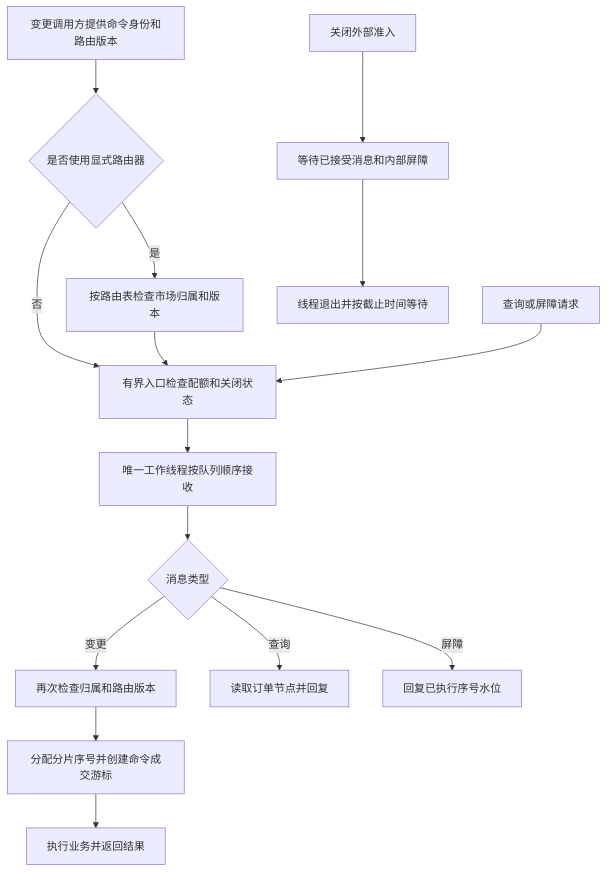
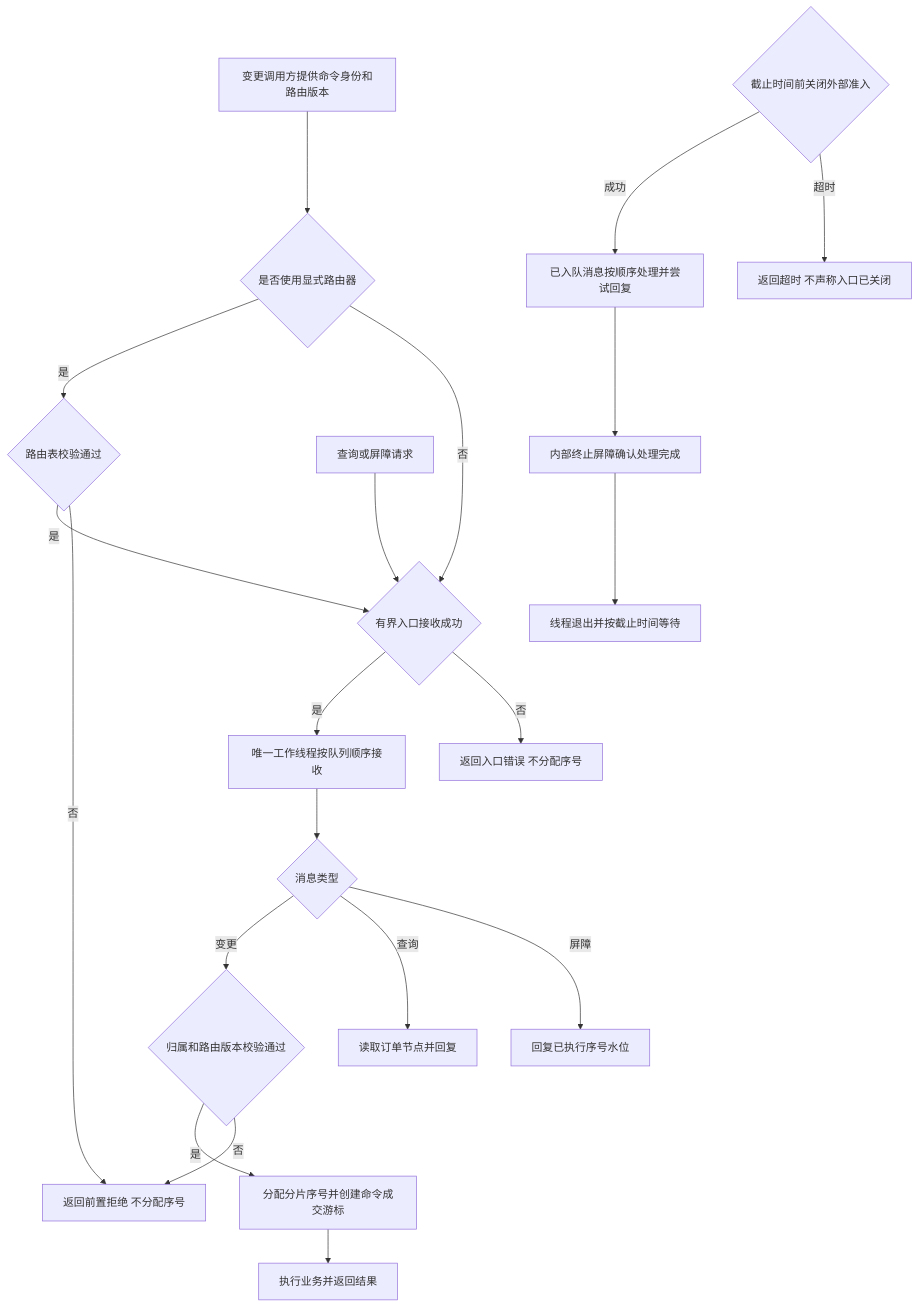
One commit to YANSHAO0032/tide-matching-engine changed the first of 10 diagrams in docs/logic_flows.md. Above: the diagram before and after it, drawn with Mermaid. The commit also changed other lines of this file and 12 other files, not shown here.

````diff
--- a/docs/logic_flows.md
+++ b/docs/logic_flows.md
@@ -7,17 +7,22 @@
 ```mermaid
 flowchart TD
     A[变更调用方提供命令身份和路由版本] --> B{是否使用显式路由器}
-    B -- 是 --> R[按路由表检查市场归属和版本]
-    B -- 否 --> C[有界入口检查配额和关闭状态]
-    R --> C
+    B -- 是 --> R{路由表校验通过}
+    B -- 否 --> C{有界入口接收成功}
+    R -- 是 --> C
+    R -- 否 --> X[返回前置拒绝 不分配序号]
     Q[查询或屏障请求] --> C
-    C --> D[唯一工作线程按队列顺序接收]
+    C -- 是 --> D[唯一工作线程按队列顺序接收]
+    C -- 否 --> Y[返回入口错误 不分配序号]
     D --> E{消息类型}
-    E -- 变更 --> F[再次检查归属和路由版本]
-    F --> G[分配分片序号并创建命令成交游标]
+    E -- 变更 --> F{归属和路由版本校验通过}
+    F -- 是 --> G[分配分片序号并创建命令成交游标]
+    F -- 否 --> X
     G --> H[执行业务并返回结果]
     E -- 查询 --> I[读取订单节点并回复]
     E -- 屏障 --> J[回复已执行序号水位]
-    K[关闭外部准入] --> L[等待已接受消息和内部屏障]
-    L --> M[线程退出并按截止时间等待]
+    K{截止时间前关闭外部准入} -- 成功 --> L[已入队消息按顺序处理并尝试回复]
+    K -- 超时 --> T[返回超时 不声称入口已关闭]
+    L --> N[内部终止屏障确认处理完成]
+    N --> M[线程退出并按截止时间等待]
 ```
````
